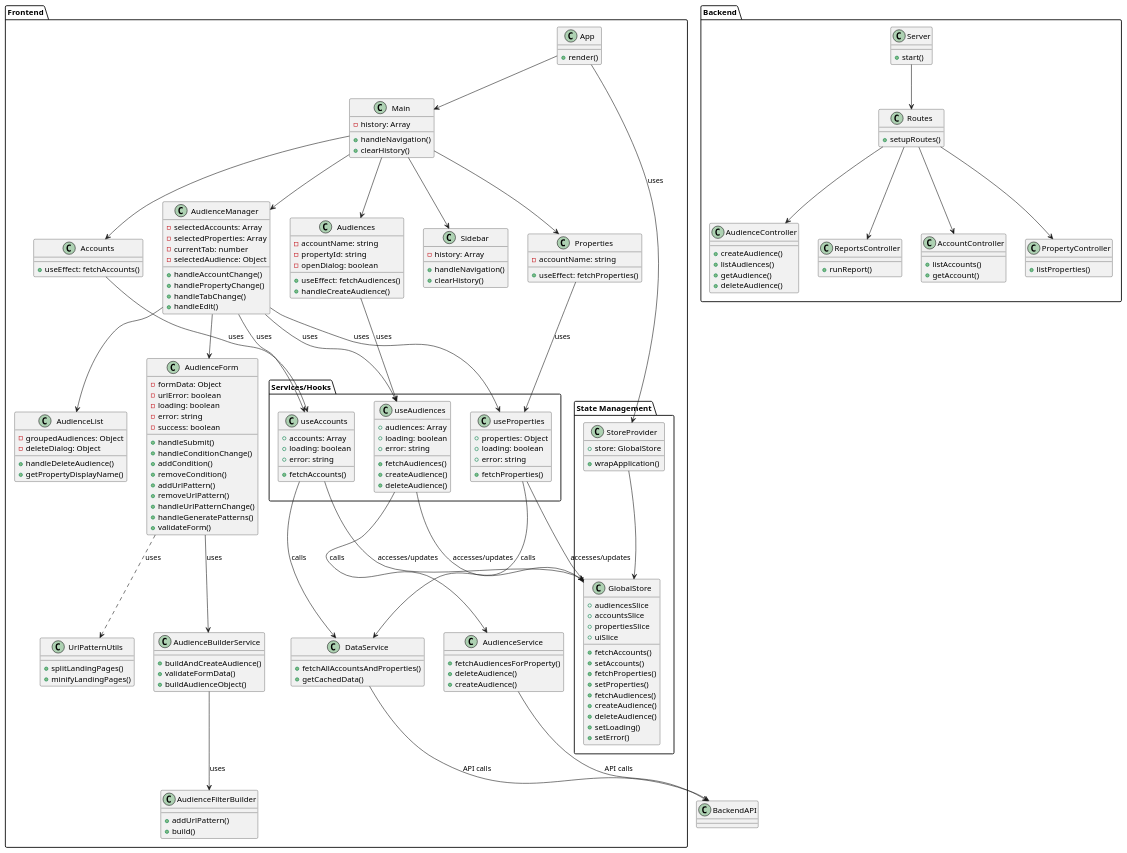
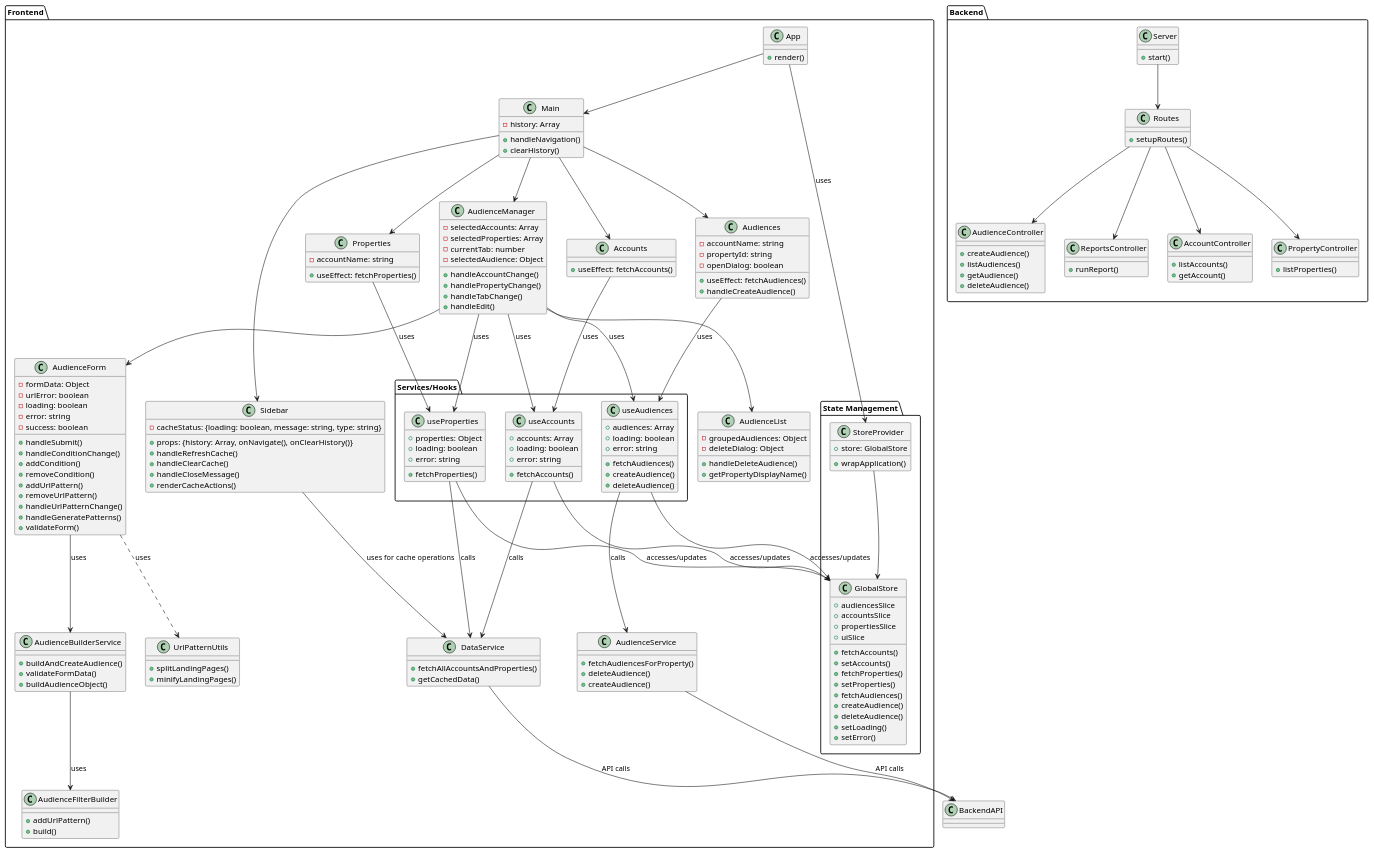
Before and after one commit to aminepeaks/Audience-Manager: the diagram in uml.puml, drawn with PlantUML. The commit also changed 4 other files, not shown here.

```diff
--- a/uml.puml
+++ b/uml.puml
@@ -94,9 +94,12 @@
   }
 
   class Sidebar {
-    -history: Array
-    +handleNavigation()
-    +clearHistory()
+    +props: {history: Array, onNavigate(), onClearHistory()}
+    -cacheStatus: {loading: boolean, message: string, type: string}
+    +handleRefreshCache()
+    +handleClearCache()
+    +handleCloseMessage()
+    +renderCacheActions()
   }
 
   ' Service Layer with Hooks
@@ -235,4 +238,6 @@
 AudienceService --> BackendAPI : API calls
 DataService --> BackendAPI : API calls
 
+Sidebar --> DataService : uses for cache operations
+
 @enduml
```
